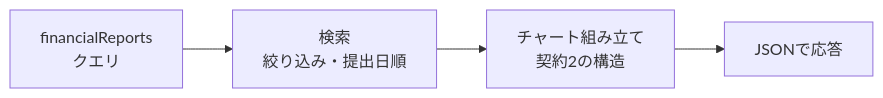
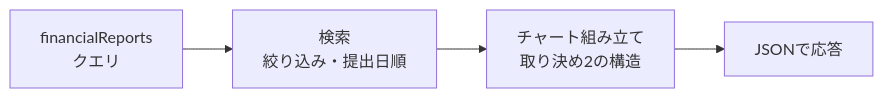
The eighth of 8 diagrams in docs/guide/04_system_overview.md (shin4488/financial-statement), drawn with Mermaid before and after one commit. The commit also changed other lines of this file and 2 other files, not shown here.

Commit message:
change: 「契約」を「取り決め」に言い換え（色の契約→色の対応）

````diff
--- a/docs/guide/04_system_overview.md
+++ b/docs/guide/04_system_overview.md
@@ -301,4 +301,4 @@
 ```mermaid
 flowchart LR
-    Q["financialReports<br>クエリ"] --> S["検索<br>絞り込み・提出日順"] --> B["チャート組み立て<br>契約2の構造"] --> J["JSONで応答"]
+    Q["financialReports<br>クエリ"] --> S["検索<br>絞り込み・提出日順"] --> B["チャート組み立て<br>取り決め2の構造"] --> J["JSONで応答"]
 ```
````
